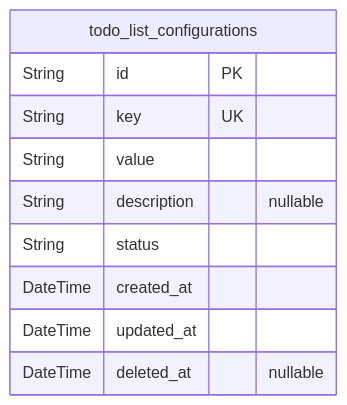
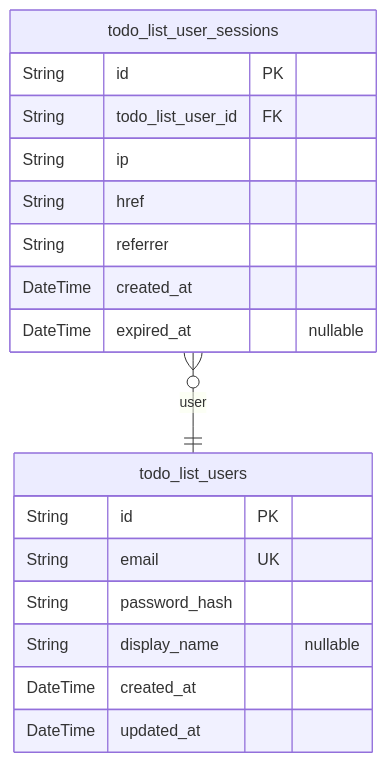
One commit to wrtnlabs/autobe-examples changed the first of 2 diagrams in mistralai/codestral-2508/todo/docs/ERD.md. Above: the diagram before and after it, drawn with Mermaid. The commit also changed other lines of this file and 3372 other files, not shown here.

````diff
--- a/mistralai/codestral-2508/todo/docs/ERD.md
+++ b/mistralai/codestral-2508/todo/docs/ERD.md
@@ -11,13 +10,21 @@
 ```mermaid
 erDiagram
-"todo_list_configurations" {
+"todo_list_users" {
   String id PK
-  String key UK
-  String value
-  String description "nullable"
-  String status
+  String email UK
+  String password_hash
+  String display_name "nullable"
   DateTime created_at
   DateTime updated_at
-  DateTime deleted_at "nullable"
 }
+"todo_list_user_sessions" {
+  String id PK
+  String todo_list_user_id FK
+  String ip
+  String href
+  String referrer
+  DateTime created_at
+  DateTime expired_at "nullable"
+}
+"todo_list_user_sessions" }o--|| "todo_list_users" : user
 ```
````
